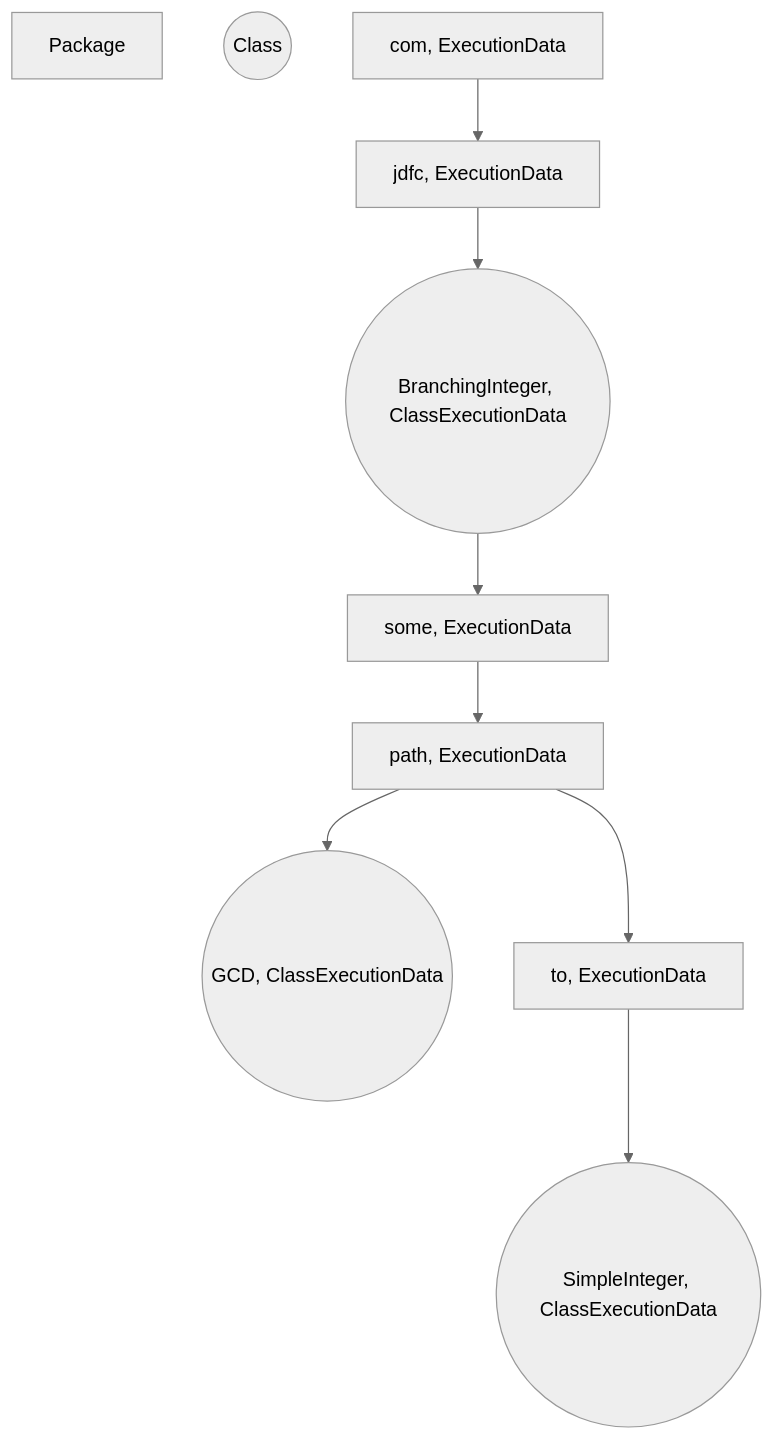
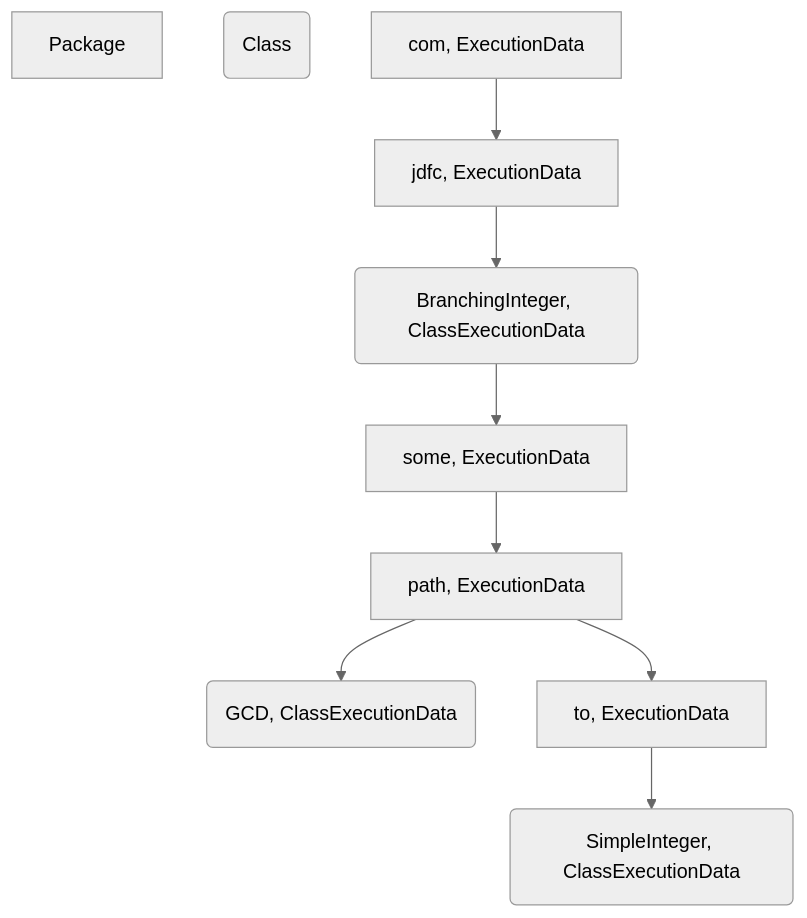
One commit to blochmat/jdfc changed the diagram in README.md. Above: the diagram before and after it, drawn with Mermaid (neutral theme).

Commit message:
Update test

````diff
--- a/README.md
+++ b/README.md
@@ -13,12 +13,13 @@
 ```mermaid
 graph TD
 Z[Package]
-Y((Class))
+Y(Class)
+
 A[com, ExecutionData] --> B[jdfc, ExecutionData]
-B --> C((BranchingInteger, ClassExecutionData))
+B --> C(BranchingInteger, ClassExecutionData)
 C --> D[some, ExecutionData]
 D --> E[path, ExecutionData]
-E --> F((GCD, ClassExecutionData))
+E --> F(GCD, ClassExecutionData)
 E --> G[to, ExecutionData]
-G --> H((SimpleInteger, ClassExecutionData))
+G --> H(SimpleInteger, ClassExecutionData)
 ```
````
